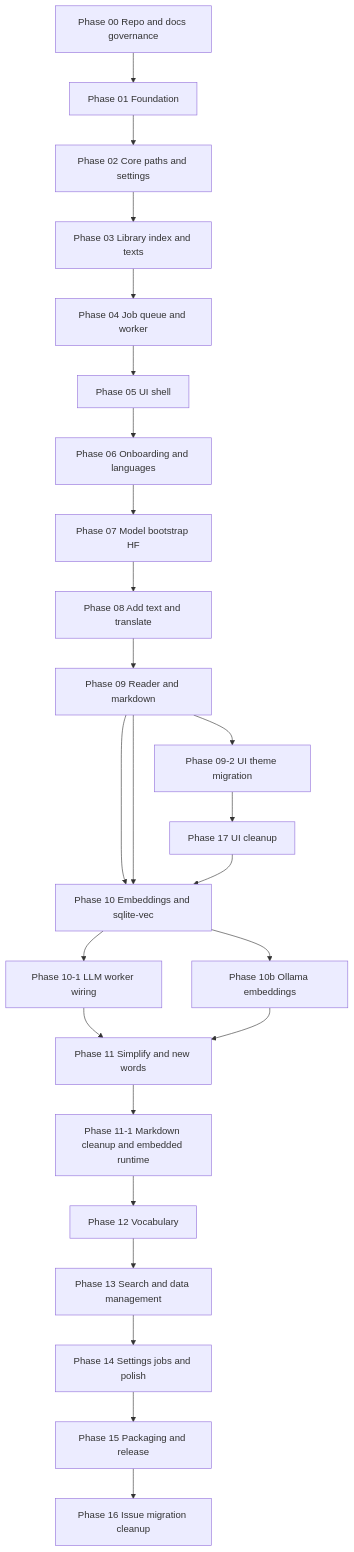
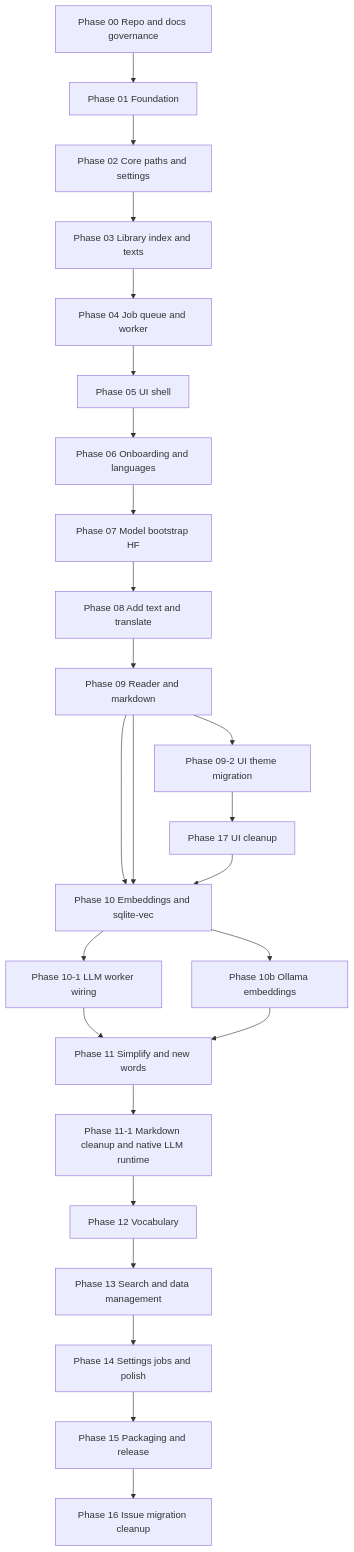
The diagram in docs/roadmap/README.md (YannikG/lexiflow), drawn with Mermaid before and after one commit. The commit also changed other lines of this file and 104 other files, not shown here.

First line of the commit message:
Phase 11-1: Markdown cleanup and native LLM runtime (#35)

````diff
--- a/docs/roadmap/README.md
+++ b/docs/roadmap/README.md
@@ -13,36 +13,36 @@
 ```mermaid
 flowchart TB
   P00[Phase 00 Repo and docs governance]
   P01[Phase 01 Foundation]
   P02[Phase 02 Core paths and settings]
   P03[Phase 03 Library index and texts]
   P04[Phase 04 Job queue and worker]
   P05[Phase 05 UI shell]
   P06[Phase 06 Onboarding and languages]
   P07[Phase 07 Model bootstrap HF]
   P08[Phase 08 Add text and translate]
   P09[Phase 09 Reader and markdown]
   P092[Phase 09-2 UI theme migration]
   P17[Phase 17 UI cleanup]
   P10[Phase 10 Embeddings and sqlite-vec]
   P101[Phase 10-1 LLM worker wiring]
   P11[Phase 11 Simplify and new words]
   P12[Phase 12 Vocabulary]
   P13[Phase 13 Search and data management]
   P14[Phase 14 Settings jobs and polish]
   P15[Phase 15 Packaging and release]
 
   P00 --> P01 --> P02 --> P03 --> P04 --> P05
   P05 --> P06 --> P07 --> P08 --> P09
   P09 --> P092
   P092 --> P17
   P09 --> P10 --> P101
   P09 --> P10 --> P10b[Phase 10b Ollama embeddings]
   P17 --> P10
   P101 --> P11
   P10b --> P11
-  P11 --> P111[Phase 11-1 Markdown cleanup and embedded runtime]
+  P11 --> P111[Phase 11-1 Markdown cleanup and native LLM runtime]
   P111 --> P12 --> P13
   P13 --> P14 --> P15
   P15 --> P16[Phase 16 Issue migration cleanup]
 ```
````
